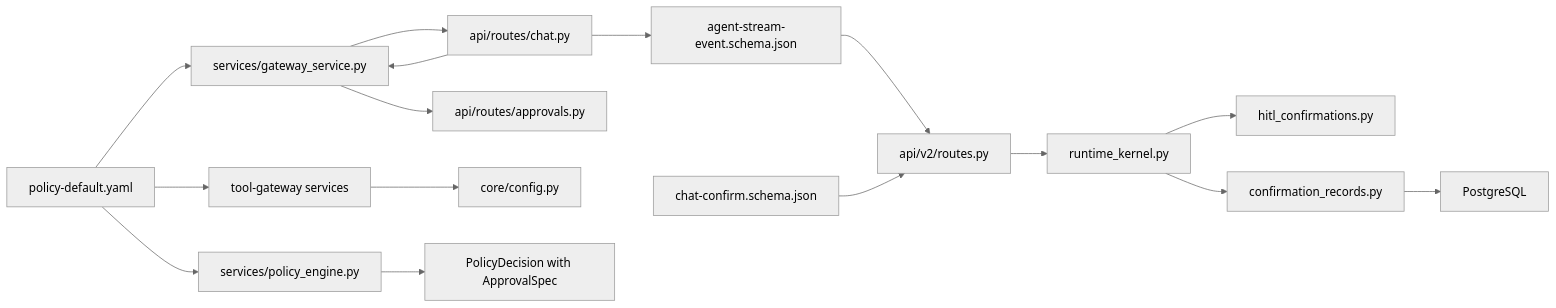
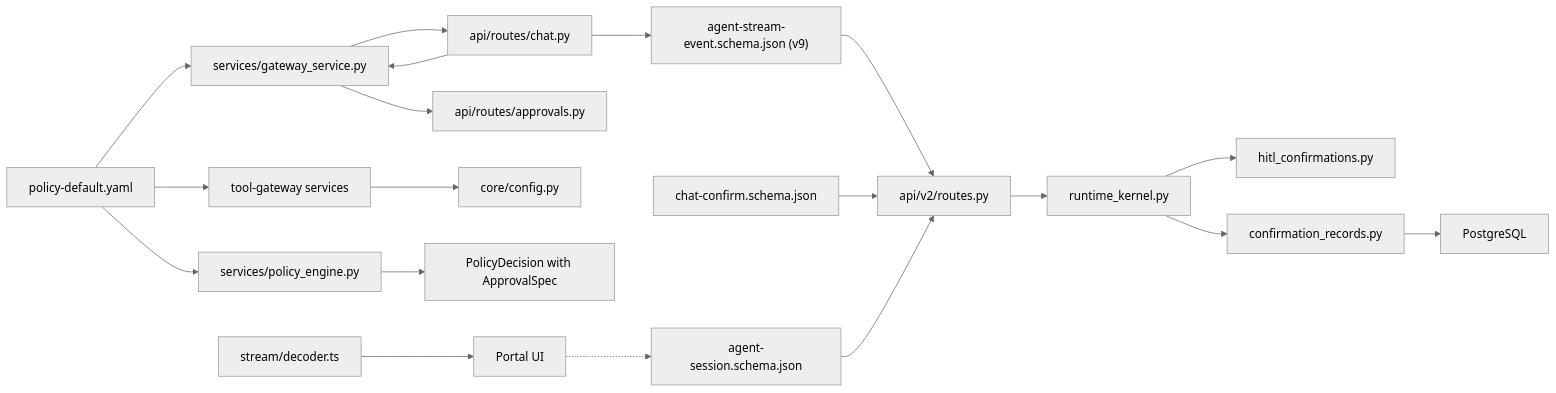
Before and after one commit to metasync/luban-aiops: diagram 12 of 12 in .qoder/repowiki/en/content/Agent Platform Service/HITL Confirmation Bridging (SPEC-020).md, drawn with Mermaid (neutral theme). The commit also changed other lines of this file and 11 other files, not shown here.

````diff
--- a/.qoder/repowiki/en/content/Agent Platform Service/HITL Confirmation Bridging (SPEC-020).md
+++ b/.qoder/repowiki/en/content/Agent Platform Service/HITL Confirmation Bridging (SPEC-020).md
@@ -578,18 +650,21 @@
 ```mermaid
 graph LR
-SCHEMA["agent-stream-event.schema.json"] --> ROUTES["api/v2/routes.py"]
+SCHEMA["agent-stream-event.schema.json (v9)"] --> ROUTES["api/v2/routes.py"]
 CONFIRM_SCHEMA["chat-confirm.schema.json"] --> ROUTES
+SESSION_SCHEMA["agent-session.schema.json"] --> ROUTES
 POLICY["policy-default.yaml"] --> GWSVC["services/gateway_service.py"]
 POLICY --> TGSVC["tool-gateway services"]
 POLICY --> PE["services/policy_engine.py"]
 GWSVC --> CHATROUTE["api/routes/chat.py"]
 GWSVC --> APPROVALSROUTE["api/routes/approvals.py"]
 ROUTES --> KERNEL["runtime_kernel.py"]
 KERNEL --> REGISTRY["hitl_confirmations.py"]
 KERNEL --> RECORDS["confirmation_records.py"]
 RECORDS --> POSTGRES["PostgreSQL"]
 CHATROUTE --> GWSVC
 CHATROUTE --> SCHEMA
 TGSVC --> CONFIG["core/config.py"]
 PE --> DECISION["PolicyDecision with ApprovalSpec"]
+DECODER["stream/decoder.ts"] --> PORTAL["Portal UI"]
+PORTAL -.-> SESSION_SCHEMA
 ```
````
